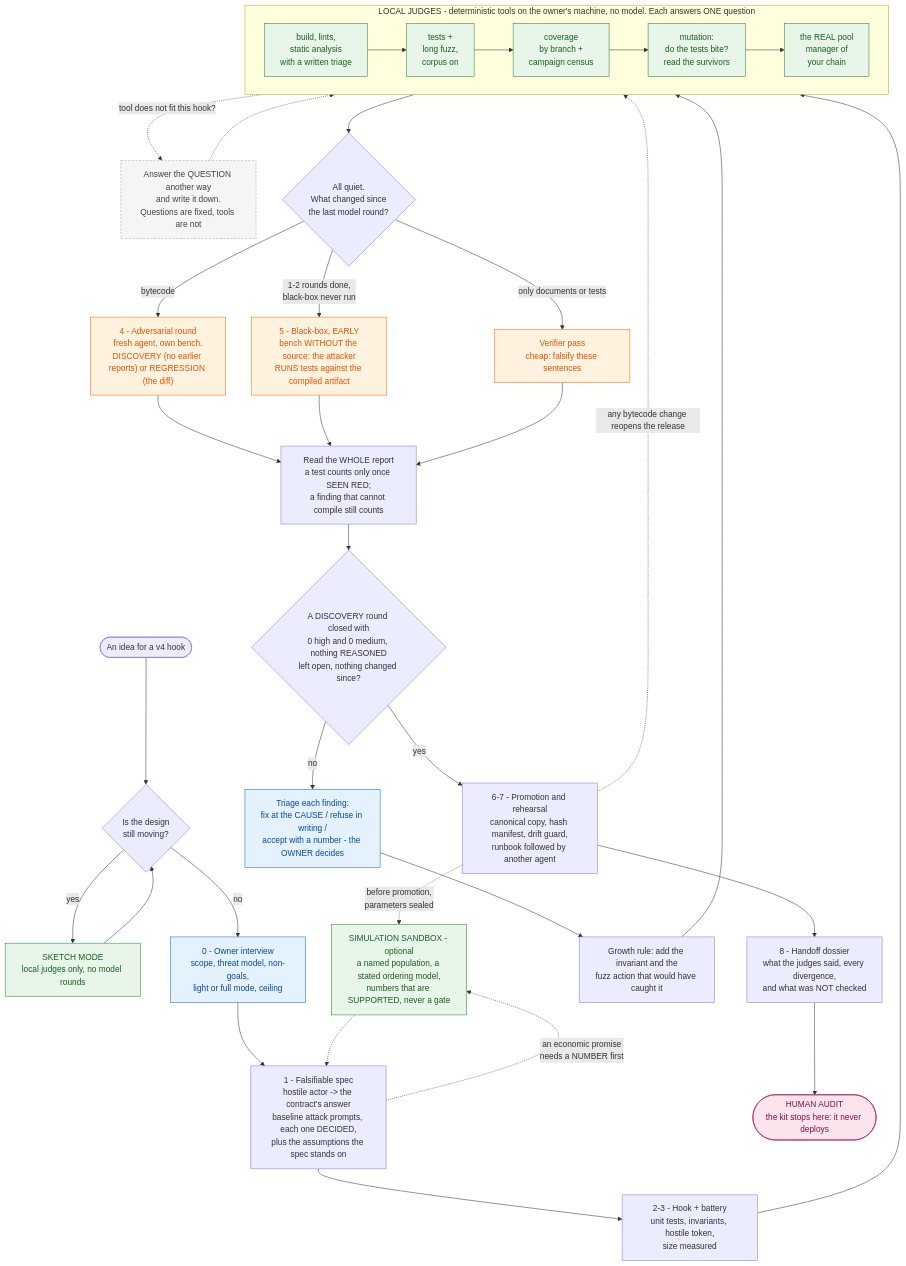
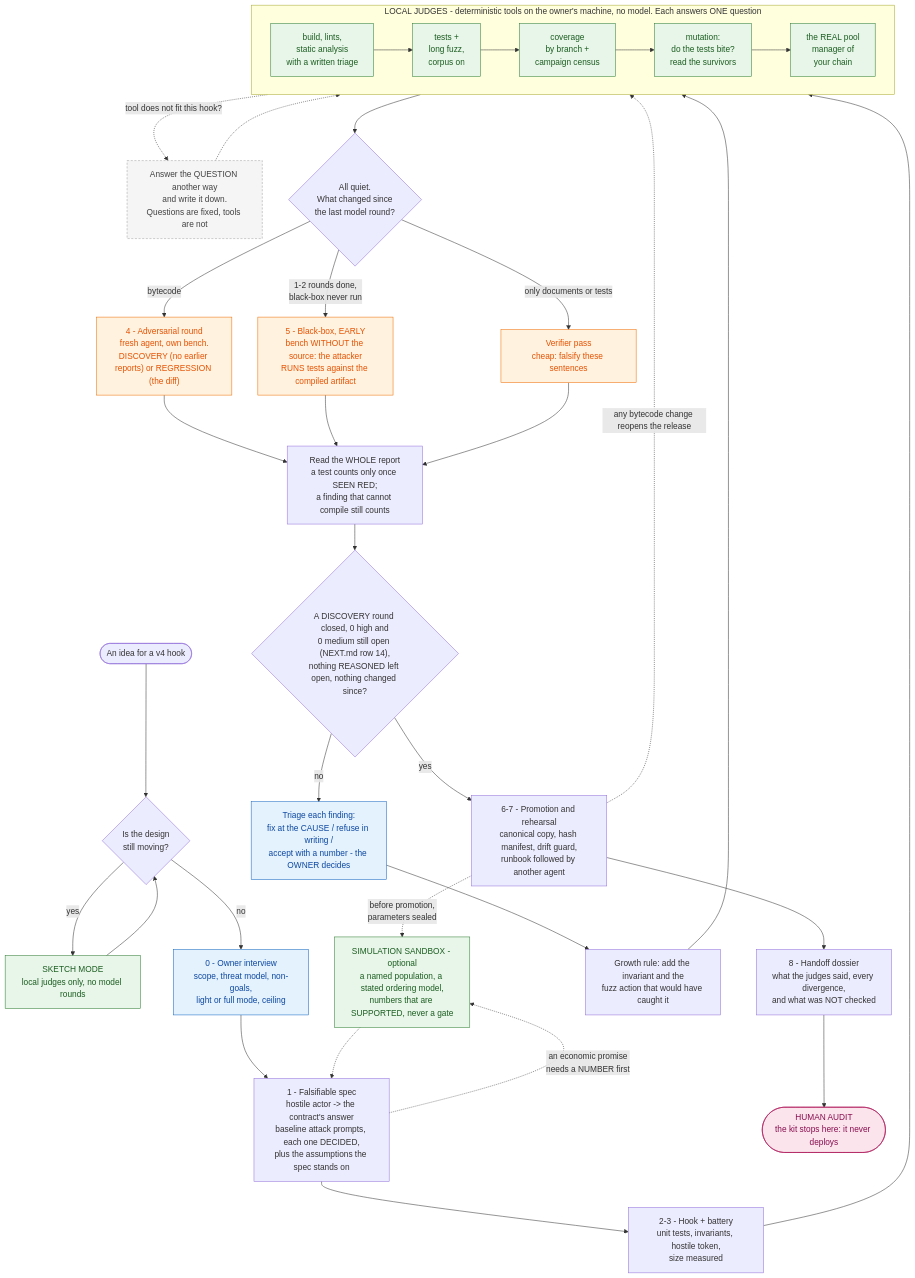
The diagram in README.md (cortssa/hook-gauntlet), drawn with Mermaid before and after one commit. The commit also changed other lines of this file and 61 other files, not shown here.

````diff
--- a/README.md
+++ b/README.md
@@ -61,51 +64,51 @@
 ```mermaid
 flowchart TD
     IDEA(["An idea for a v4 hook"]) --> MOVING{"Is the design<br/>still moving?"}
     MOVING -- "yes" --> SKETCH["SKETCH MODE<br/>local judges only, no model rounds"]
     SKETCH --> MOVING
     MOVING -- "no" --> P0["0 - Owner interview<br/>scope, threat model, non-goals,<br/>light or full mode, ceiling"]
     P0 --> P1["1 - Falsifiable spec<br/>hostile actor -> the contract's answer<br/>baseline attack prompts, each one DECIDED,<br/>plus the assumptions the spec stands on"]
     P1 --> P2["2-3 - Hook + battery<br/>unit tests, invariants, hostile token,<br/>size measured"]
     P2 --> LOCAL
 
     subgraph LOCAL["LOCAL JUDGES - deterministic tools on the owner's machine, no model. Each answers ONE question"]
         direction LR
         J1["build, lints,<br/>static analysis<br/>with a written triage"] --> J2["tests +<br/>long fuzz,<br/>corpus on"] --> J3["coverage<br/>by branch +<br/>campaign census"] --> J4["mutation:<br/>do the tests bite?<br/>read the survivors"] --> J5["the REAL pool<br/>manager of<br/>your chain"]
     end
 
     P1 -. "an economic promise<br/>needs a NUMBER first" .-> SIM["SIMULATION SANDBOX - optional<br/>a named population, a stated ordering model,<br/>numbers that are SUPPORTED, never a gate"]
     P6 -. "before promotion,<br/>parameters sealed" .-> SIM
     SIM -.-> P1
     LOCAL -. "tool does not fit this hook?" .-> DIV["Answer the QUESTION another way<br/>and write it down.<br/>Questions are fixed, tools are not"]
     DIV -.-> LOCAL
 
     LOCAL --> WHAT{"All quiet.<br/>What changed since<br/>the last model round?"}
     WHAT -- "bytecode" --> ROUND["4 - Adversarial round<br/>fresh agent, own bench.<br/>DISCOVERY (no earlier reports) or REGRESSION (the diff)"]
     WHAT -- "1-2 rounds done,<br/>black-box never run" --> BB["5 - Black-box, EARLY<br/>bench WITHOUT the source: the attacker<br/>RUNS tests against the compiled artifact"]
     WHAT -- "only documents or tests" --> VER["Verifier pass<br/>cheap: falsify these sentences"]
 
     ROUND --> READ["Read the WHOLE report<br/>a test counts only once SEEN RED;<br/>a finding that cannot compile still counts"]
     BB --> READ
     VER --> READ
 
-    READ --> CLEAN{"A DISCOVERY round closed with<br/>0 high and 0 medium, nothing REASONED<br/>left open, nothing changed since?"}
+    READ --> CLEAN{"A DISCOVERY round closed, 0 high and<br/>0 medium still open (NEXT.md row 14),<br/>nothing REASONED left open, nothing changed since?"}
     CLEAN -- "no" --> TRIAGE["Triage each finding:<br/>fix at the CAUSE / refuse in writing /<br/>accept with a number - the OWNER decides"]
     TRIAGE --> GROW["Growth rule: add the invariant and the<br/>fuzz action that would have caught it"]
     GROW --> LOCAL
 
     CLEAN -- "yes" --> P6["6-7 - Promotion and rehearsal<br/>canonical copy, hash manifest, drift guard,<br/>runbook followed by another agent"]
     P6 --> P8["8 - Handoff dossier<br/>what the judges said, every divergence,<br/>and what was NOT checked"]
     P8 --> HUMAN(["HUMAN AUDIT<br/>the kit stops here: it never deploys"])
     P6 -. "any bytecode change reopens the release" .-> LOCAL
 
     classDef local fill:#e8f5e9,stroke:#2e7d32,color:#1b5e20
     classDef model fill:#fff3e0,stroke:#ef6c00,color:#e65100
     classDef owner fill:#e3f2fd,stroke:#1565c0,color:#0d47a1
     classDef stop fill:#fce4ec,stroke:#ad1457,color:#880e4f
     classDef note fill:#f5f5f5,stroke:#9e9e9e,color:#424242,stroke-dasharray: 4 3
     class SKETCH,J1,J2,J3,J4,J5,SIM local
     class ROUND,BB,VER model
     class P0,TRIAGE owner
     class HUMAN stop
     class DIV note
 ```
````
